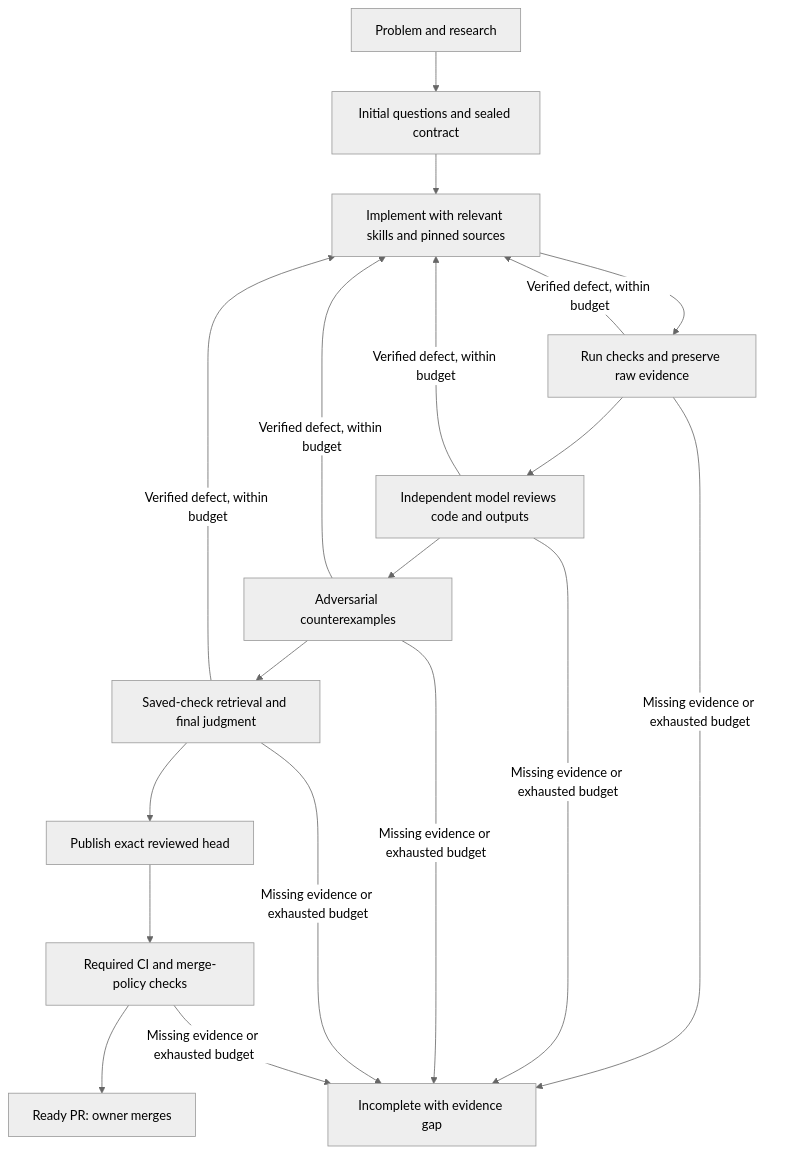
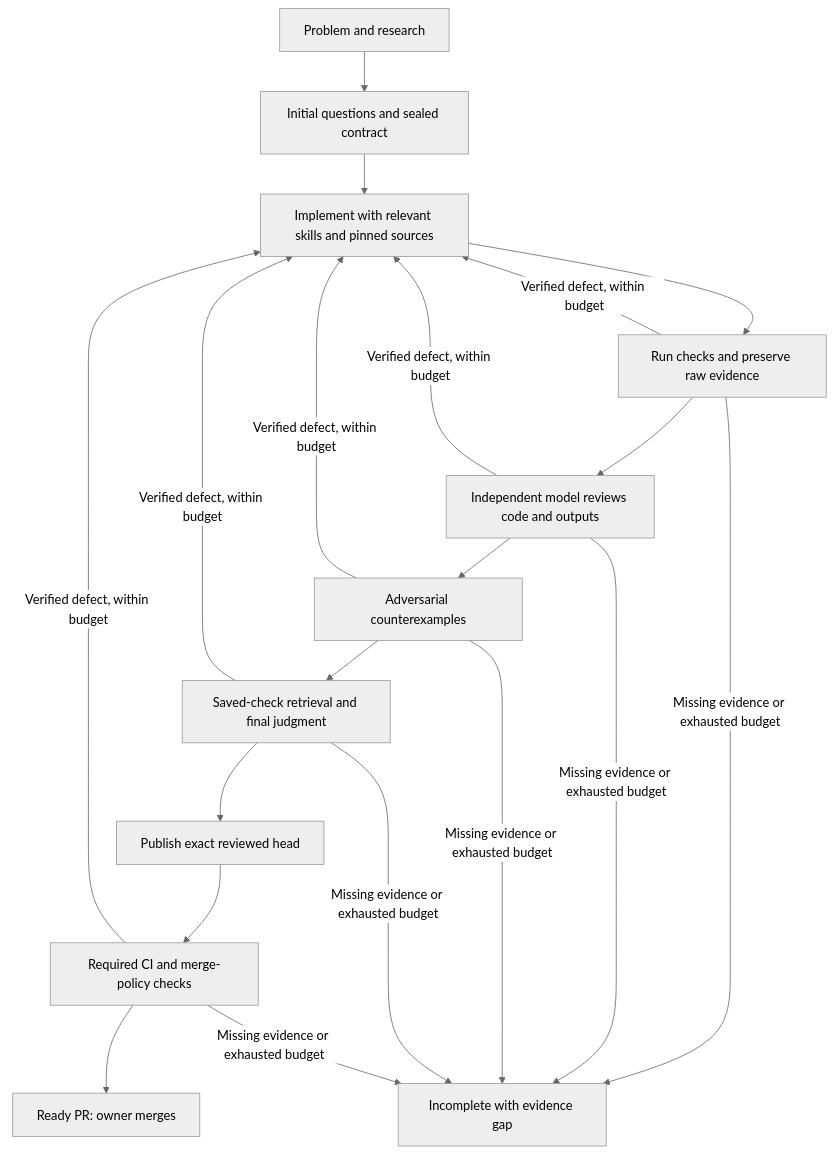
Before and after one commit to SovranBitcoin/Sovran: the diagram in harness/README.md, drawn with Mermaid (neutral theme). The commit also changed other lines of this file and 5 other files, not shown here.

````diff
--- a/harness/README.md
+++ b/harness/README.md
@@ -20,14 +20,14 @@
 ```mermaid
 flowchart TD
   problem[Problem and research] --> intake[Initial questions and sealed contract]
   intake --> implement[Implement with relevant skills and pinned sources]
   implement --> verify[Run checks and preserve raw evidence]
   verify --> review[Independent model reviews code and outputs]
   review --> adversary[Adversarial counterexamples]
   adversary --> audit[Saved-check retrieval and final judgment]
   audit --> publish[Publish exact reviewed head]
   publish --> ci[Required CI and merge-policy checks]
   ci --> ready[Ready PR: owner merges]
-  verify & review & adversary & audit -->|Verified defect, within budget| implement
+  verify & review & adversary & audit & ci -->|Verified defect, within budget| implement
   verify & review & adversary & audit & ci -->|Missing evidence or exhausted budget| incomplete[Incomplete with evidence gap]
 ```
````
